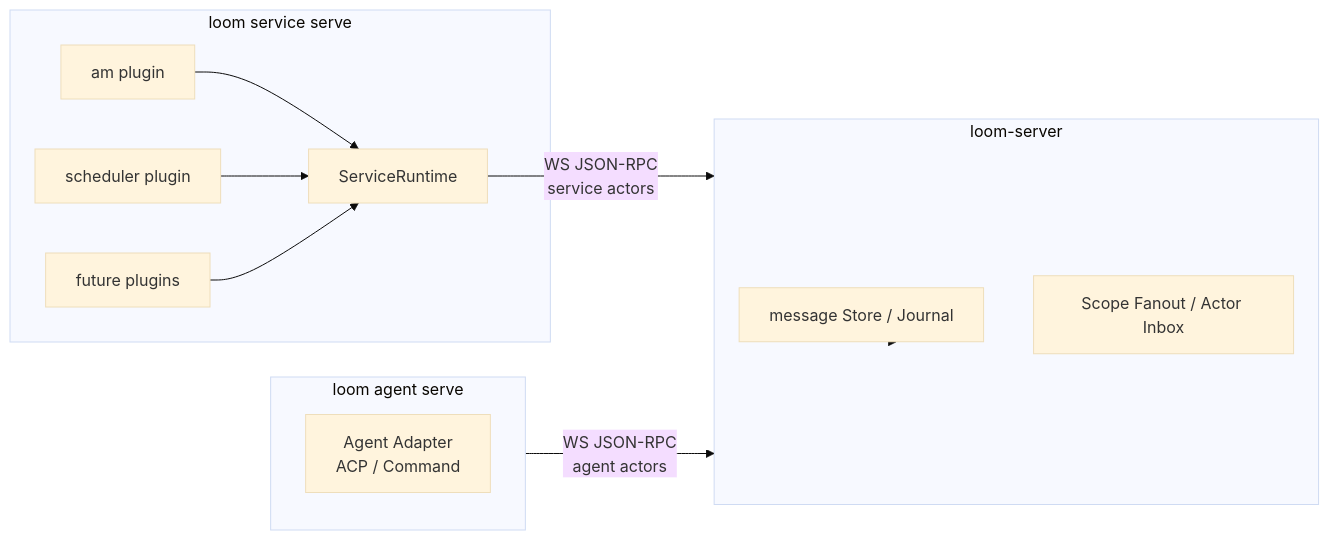
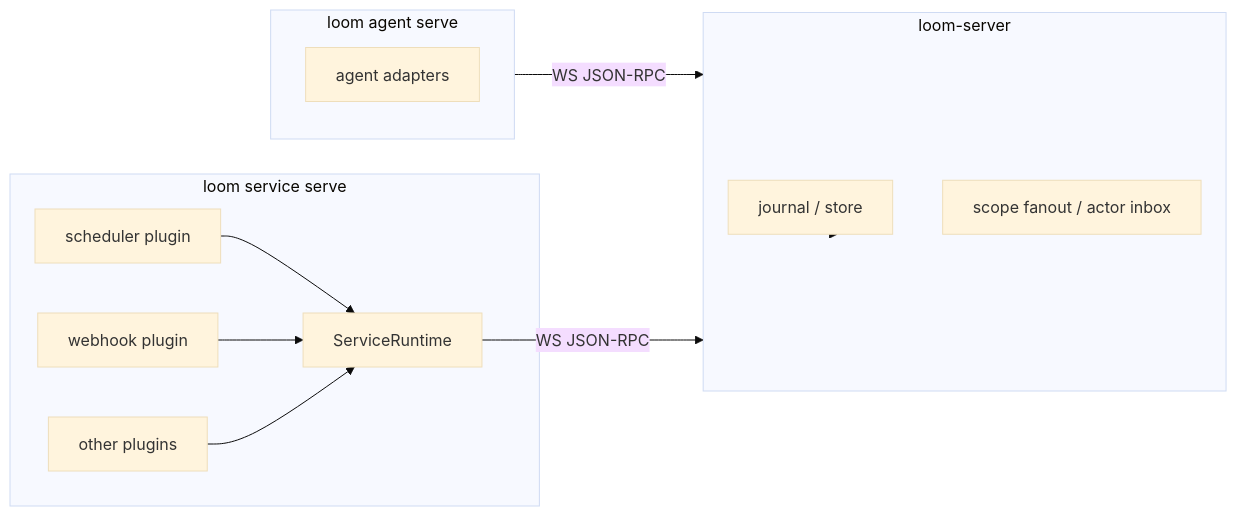
The diagram in docs/service-plugin-system-design.md (wyw-ai/loom), drawn with Mermaid (base theme) before and after one commit. The commit also changed other lines of this file and 19 other files, not shown here.

````diff
--- a/docs/service-plugin-system-design.md
+++ b/docs/service-plugin-system-design.md
@@ -36,26 +32,26 @@
 ```mermaid
 graph LR
     subgraph Server["loom-server"]
-        Store["message Store / Journal"]
-        Fanout["Scope Fanout / Actor Inbox"]
+        Store["journal / store"]
+        Fanout["scope fanout / actor inbox"]
     end
 
     subgraph AgentHost["loom agent serve"]
-        AgentAdapter["Agent Adapter<br/>ACP / Command"]
+        AgentAdapter["agent adapters"]
     end
 
     subgraph ServiceHost["loom service serve"]
         Runtime["ServiceRuntime"]
-        Am["am plugin"]
         Scheduler["scheduler plugin"]
-        Future["future plugins"]
+        Webhook["webhook plugin"]
+        Other["other plugins"]
     end
 
-    Am --> Runtime
+    AgentHost -- "WS JSON-RPC" --> Server
+    Runtime -- "WS JSON-RPC" --> Server
     Scheduler --> Runtime
-    Future --> Runtime
-    Runtime -- "WS JSON-RPC<br/>service actors" --> Server
-    AgentHost -- "WS JSON-RPC<br/>agent actors" --> Server
+    Webhook --> Runtime
+    Other --> Runtime
     Server --> Store
     Server --> Fanout
 ```
````
